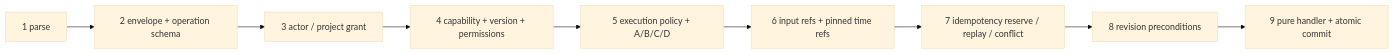
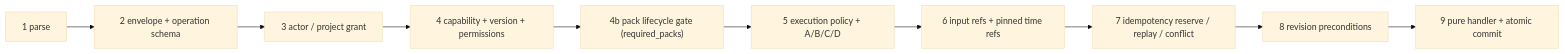
One commit to bot523h/nexus-ai-agent changed the diagram in docs/architecture/COMMAND_CAPABILITY_CONTRACT.md. Above: the diagram before and after it, drawn with Mermaid (base theme). The commit also changed other lines of this file and 18 other files, not shown here.

Commit message:
board: claim task-183 (Gate 2 x PR#67 lifecycle seam) on arena/01a0d4c8

````diff
--- a/docs/architecture/COMMAND_CAPABILITY_CONTRACT.md
+++ b/docs/architecture/COMMAND_CAPABILITY_CONTRACT.md
@@ -46,11 +47,12 @@
 ```mermaid
 flowchart LR
     parse["1 parse"] --> schema["2 envelope + operation schema"]
     schema --> authz["3 actor / project grant"]
     authz --> cap["4 capability + version + permissions"]
-    cap --> policy["5 execution policy + A/B/C/D"]
+    cap --> life["4b pack lifecycle gate (required_packs)"]
+    life --> policy["5 execution policy + A/B/C/D"]
     policy --> refs["6 input refs + pinned time refs"]
     refs --> idem["7 idempotency reserve / replay / conflict"]
     idem --> pre["8 revision preconditions"]
     pre --> apply["9 pure handler + atomic commit"]
 ```
````
